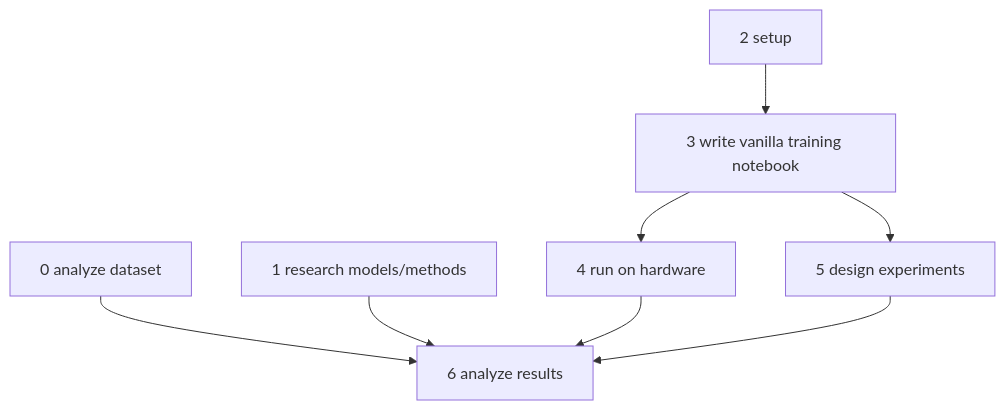
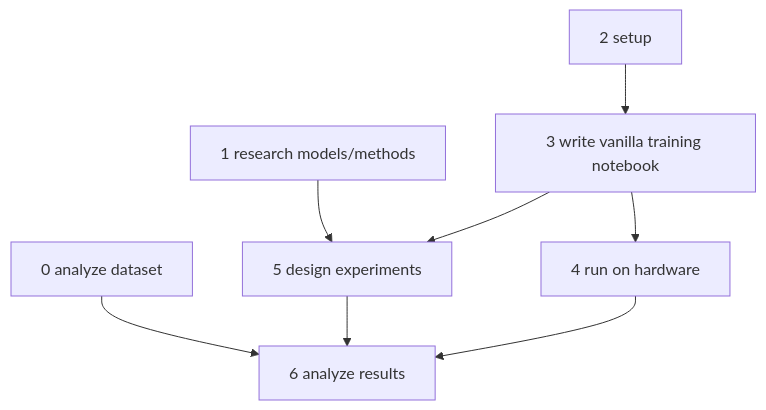
One commit to ZachParent/mai-object-recognition changed the diagram in practicals/p2/TODO.md. Above: the diagram before and after it, drawn with Mermaid. The commit also changed other lines of this file and 1 other file, not shown here.

````diff
--- a/practicals/p2/TODO.md
+++ b/practicals/p2/TODO.md
@@ -19,10 +26,10 @@
 ```mermaid
 graph TD
     A[0 analyze dataset] --> G
-    B[1 research models/methods] --> G
+    B[1 research models/methods] --> F
     C[2 setup] --> D[3 write vanilla training notebook]
     D --> E[4 run on hardware]
     E --> G
     D --> F[5 design experiments]
     F --> G[6 analyze results]
 ```
````
